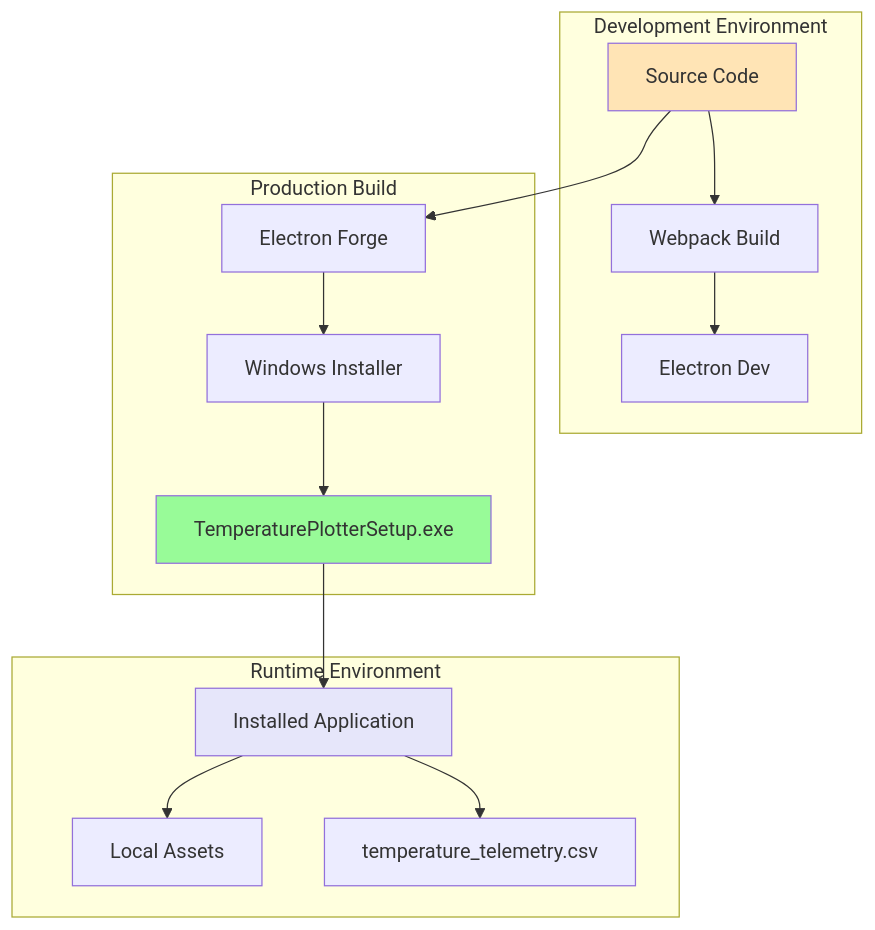
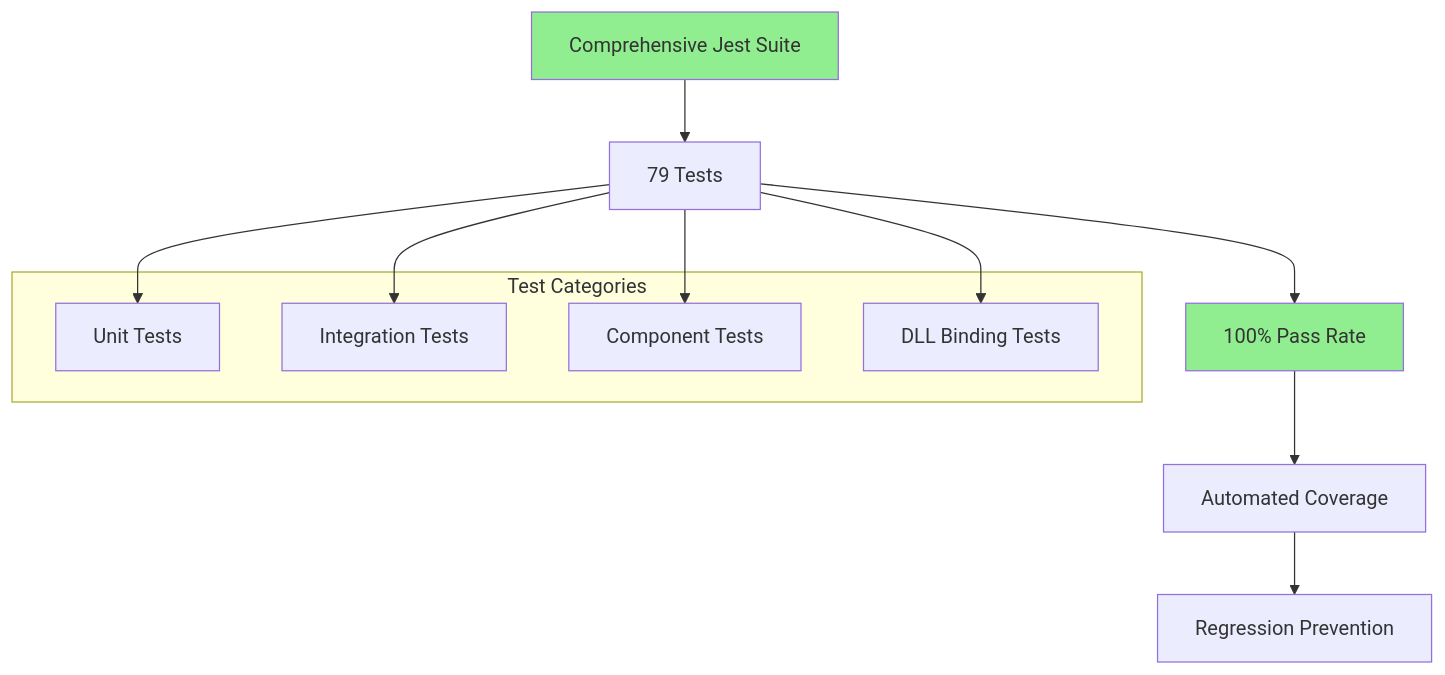
Diagram 14 of 14 in docs/system-architecture.md (Interlaken0/temperature-plotter), drawn with Mermaid before and after one commit. The commit also changed other lines of this file and 1 other file, not shown here.

````diff
--- a/docs/system-architecture.md
+++ b/docs/system-architecture.md
@@ -129,24 +392,22 @@
 ```mermaid
-graph TB
-    subgraph "Development Environment"
-        A[Source Code] --> B[Webpack Build]
-        B --> C[Electron Dev]
+graph TD
+    A[Comprehensive Jest Suite] --> B[79 Tests]
+    B --> C[100% Pass Rate]
+    C --> D[Automated Coverage]
+    D --> E[Regression Prevention]
+    
+    subgraph "Test Categories"
+        F[Unit Tests]
+        G[Integration Tests]
+        H[Component Tests]
+        I[DLL Binding Tests]
     end
     
-    subgraph "Production Build"
-        D[Electron Forge] --> E[Windows Installer]
-        E --> F[TemperaturePlotterSetup.exe]
-    end
+    B --> F
+    B --> G
+    B --> H
+    B --> I
     
-    subgraph "Runtime Environment"
-        F --> G[Installed Application]
-        G --> H[Local Assets]
-        G --> I[temperature_telemetry.csv]
-    end
-    
-    A --> D
-    
-    style A fill:#FFE4B5
-    style F fill:#98FB98
-    style G fill:#E6E6FA
+    style A fill:#90EE90
+    style C fill:#90EE90
 ```
````
